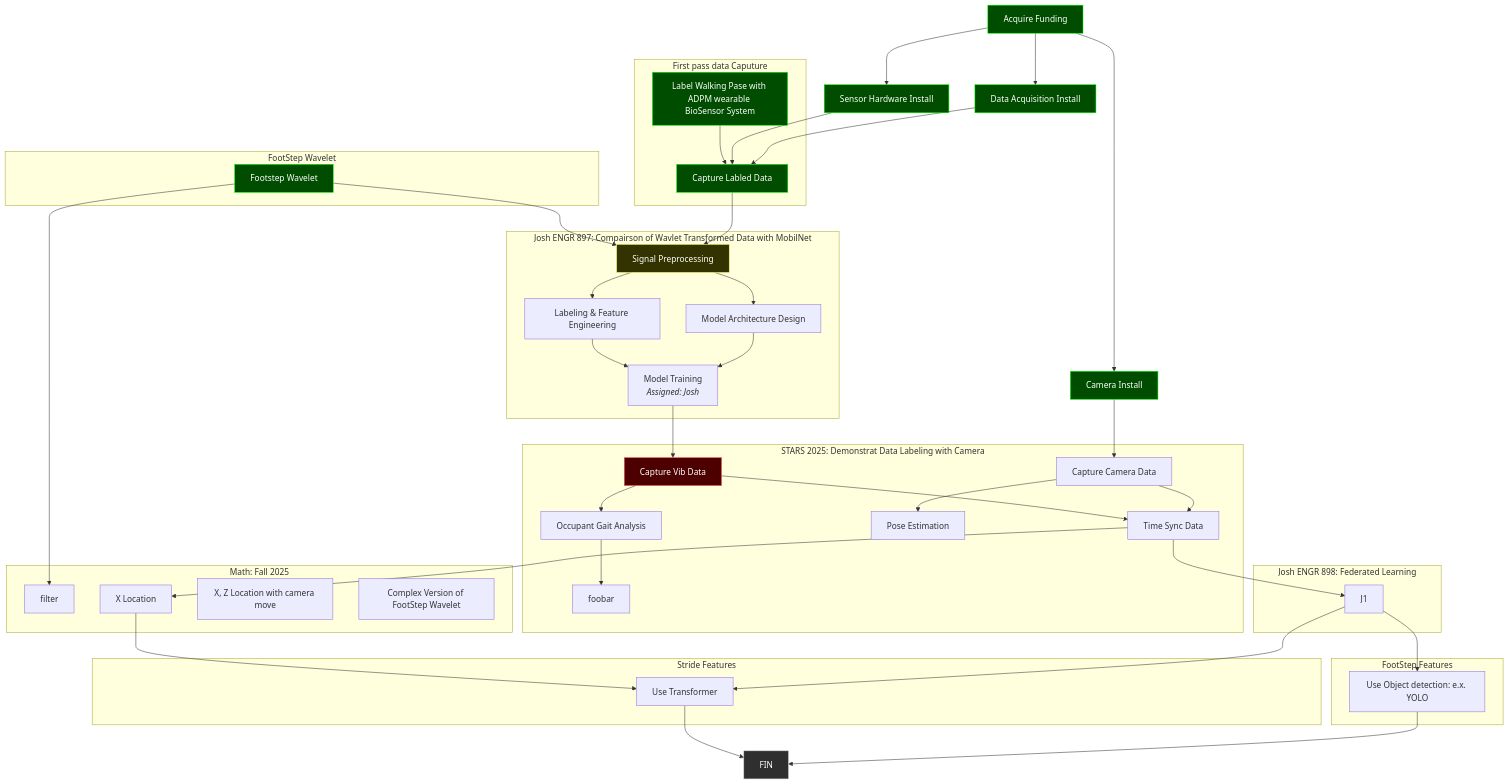
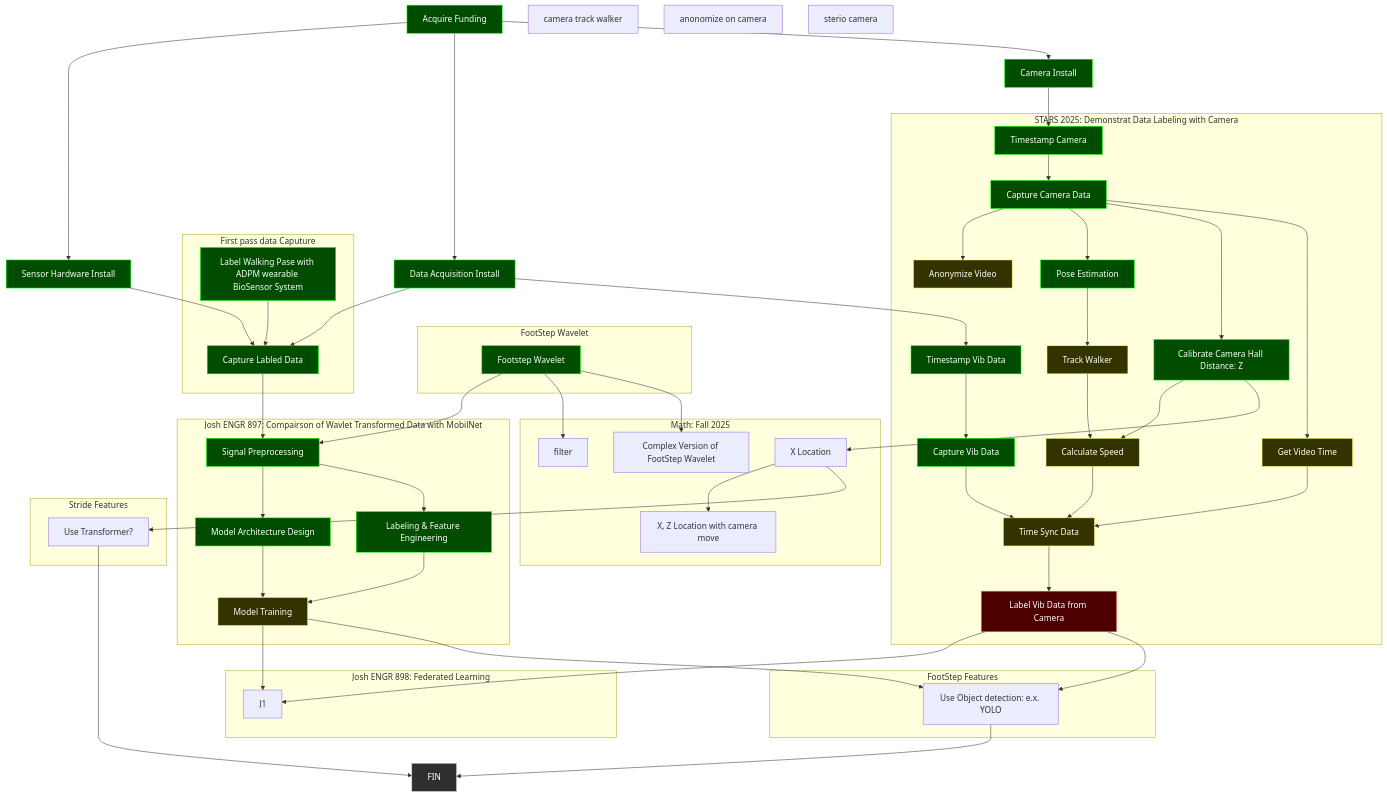
One commit to iamtheeel/shake changed the diagram in roadMap/roadMap.mmd. Above: the diagram before and after it, drawn with Mermaid.

Commit message:
Work on the roadmap

```diff
--- a/roadMap/roadMap.mmd
+++ b/roadMap/roadMap.mmd
@@ -1,109 +1,144 @@
 %% ─────────────────────────────────────────────
 %% 📈 HOW TO PREVIEW THIS DIAGRAM:
 %% → Right-click this file tab (not the content) → “Command Palette”
 %% → Type: “Preview Mermaid Diagram”
 %% ─────────────────────────────────────────────
 graph TD
     classDef done fill:#004d00,stroke:#00ff00,color:#ffffff;
     classDef inprogress fill:#333300,stroke:#ffff66,color:#ffffff;
     classDef pending fill:#4d0000,stroke:#ff6666,color:#ffffff;
     classDef shared fill:#2f2f2f,stroke:#cccccc,color:#ffffff;
 
     A[Acquire Funding]
 
     %% Phase 1 - Sensor Instalation
     A --> B1[Sensor Hardware Install]
     A --> B2[Data Acquisition Install]
     A --> B3[Camera Install]
     class A done;
     class B1 done;
     class B2 done;
     class B3 done;
 
     %% Phase 2 - Data acquistion, Walking Pace Tagged
     subgraph First pass data Caputure
     C2
     C1
     end
     C1[Label Walking Pase with ADPM wearable BioSensor System]
     C1 --> C2
     B1 --> C2[Capture Labled Data]
     B2 --> C2
     class C1 done;
     class C2 done;
 
     %% Phase 2 - Footstep Wavelet
     subgraph FootStep Wavelet
     D
     end
     D[Footstep Wavelet]
     D --> E1
     class D done;
 
 
     subgraph Josh ENGR 897: Compairson of Wavlet Transformed Data with MobilNet
      E1
      E2
      E3
      F1
     end
     %% Phase 4 - Model Development, data transform
     C2 --> E1[Signal Preprocessing]
-    class E1 inprogress;
+    class E1 done;
     E1 --> E2[Model Architecture Design]
+    class E2 done;
     E1 --> E3[Labeling & Feature Engineering]
-    E3 --> F1[Model Training <br><i>Assigned: Josh</i>]
+    class E3 done;
+    E3 --> F1[Model Training]
+    class F1 inprogress;
 
     %% Phase 5 - Training & Evaluation
+    E2 --> F1
+    B2 --> G1
+    B3 --> G2
     subgraph STARS 2025: Demonstrat Data Labeling with Camera
-    G1[Capture Vib Data]
-    G2[Capture Camera Data]
-    H1[Occupant Gait Analysis]
-    H2[Pose Estimation]
-    H4[foobar]
-    H3[Time Sync Data]
+        G1[Timestamp Vib Data]
+        class G1 done;
+        G2[Timestamp Camera]
+        class G2 done;
+        H1[Capture Vib Data]
+        class H1 done;
+        H2[Capture Camera Data]
+        class H2 done;
+        H4[Anonymize Video]
+        class H4 inprogress;
+        H10[Get Video Time]
+        class H10 inprogress;
+        H3[Calibrate Camera Hall Distance: Z]
+        class H3 done;
+        H5[Pose Estimation]
+        class H5 done;
+        H6[Track Walker]
+        class H6 inprogress;
+        H9[Calculate Speed]
+        class H9 inprogress;
+        H7[Time Sync Data]
+        class H7 inprogress;
+        H8[Label Vib Data from Camera]
+        class H8 pending;
     end
-    E2 --> F1
-    F1 --> G1
-    B3 --> G2
+    G1 --> H1
     G2 --> H2
-    G1 --> H1
-    G1 --> H3
-    G2 --> H3
-    H1 --> H4
-    class G1 pending;
+    H1 --> H7
+    H2 --> H4
+    H2 --> H5
+    H2 --> H3
+    H2 --> H10
+    H10 --> H7
+    H5 --> H6
+    H3 --> H9
+    H6 --> H9
+    H9 --> H7
+    H7 --> H8
+    %% class H1 pending;
 
+    %% From footstep wavelet
+    D --> I1 
+    D --> I4
     subgraph Math: Fall 2025
         I1[filter]
         I2[X Location]
         I3[X, Z Location with camera move]
         I4[Complex Version of FootStep Wavelet]
     end
     H3 --> I2
-    %% From footstep wavelet
-    D --> I1 
+    I2 --> I3
 
 
-    H3 --> J1
+    H8 --> J1
+    F1 --> J1
     subgraph Josh ENGR 898: Federated Learning
         J1
     end
 
+    H8 --> K1
+    F1 --> K1
     subgraph FootStep Features
         K1[Use Object detection: e.x. YOLO]
     end
-    J1 --> K1
 
     I2 -->L1
-    J1 --> L1
     subgraph Stride Features
-        L1[Use Transformer]
+        L1[Use Transformer?]
     end
 
+    X1[camera track walker]
+    X2[anonomize on camera]
+    x3[sterio camera]
 
     %% Phase 7 - Output
     Z[FIN]
     L1 --> Z
     K1 --> Z
 
     class Z shared;
```
